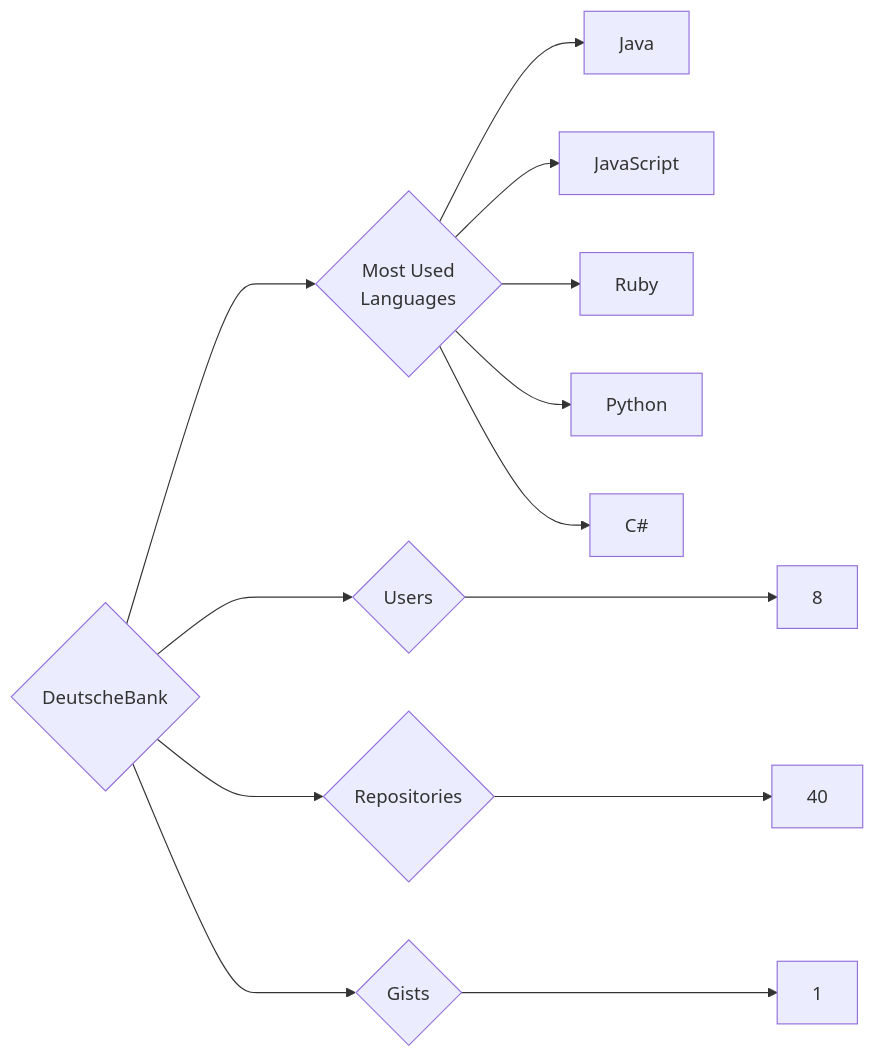
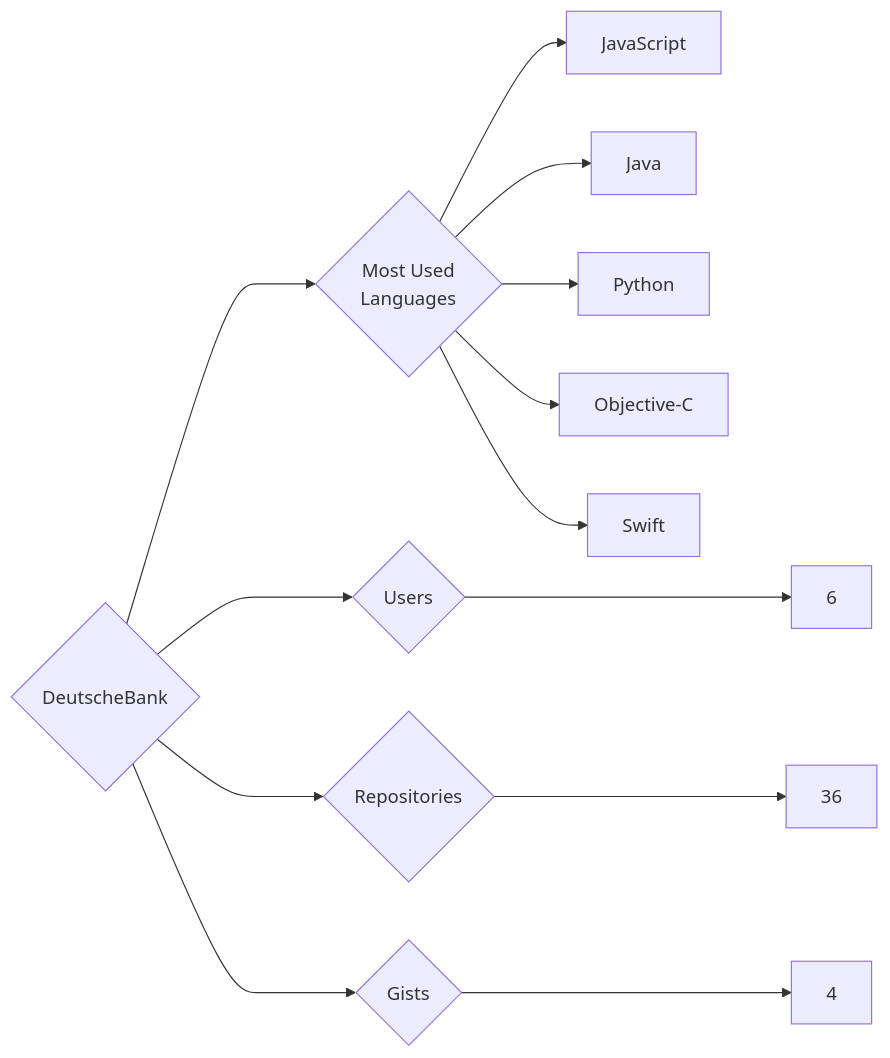
One commit to trickest/insiders changed the diagram in targets/DeutscheBank/README.md. Above: the diagram before and after it, drawn with Mermaid. The commit also changed 1238 other files, not shown here.

````diff
--- a/targets/DeutscheBank/README.md
+++ b/targets/DeutscheBank/README.md
@@ -3,13 +3,13 @@
 ```mermaid
 graph LR
 COMPANY_NAME{DeutscheBank}
-COMPANY_NAME ---> U{Users} ---> UN[8]
-COMPANY_NAME ---> R{Repositories} ---> RN[40]
-COMPANY_NAME ---> G{Gists} ---> GN[1]
+COMPANY_NAME ---> U{Users} ---> UN[6]
+COMPANY_NAME ---> R{Repositories} ---> RN[36]
+COMPANY_NAME ---> G{Gists} ---> GN[4]
 COMPANY_NAME ---> ML{Most Used<br>Languages}
+ML --> JavaScript[JavaScript]
 ML --> Java[Java]
-ML --> JavaScript[JavaScript]
-ML --> Ruby[Ruby]
 ML --> Python[Python]
-ML --> C#[C#]
+ML --> Objective-C[Objective-C]
+ML --> Swift[Swift]
 ```
````
